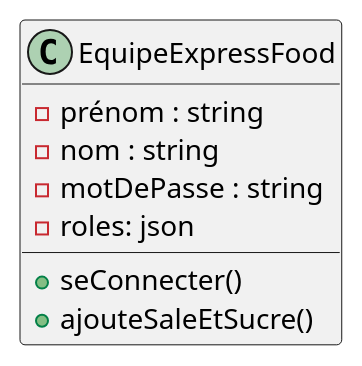
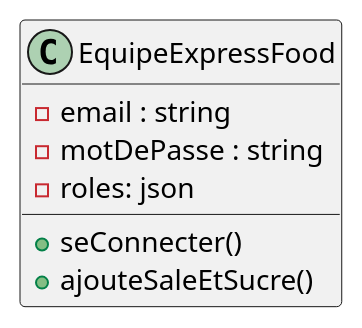
One commit to laurasullyalexandrine/expressfood changed the diagram in Class/EquipeExpressFood.puml. Above: the diagram before and after it, drawn with PlantUML. The commit also changed 2 other files, not shown here.

```diff
--- a/Class/EquipeExpressFood.puml
+++ b/Class/EquipeExpressFood.puml
@@ -1,13 +1,12 @@
 @startuml EquipeExpressFood
 
 Class EquipeExpressFood {
-    - prénom : string
-    - nom : string
+    - email : string
     - motDePasse : string
     - roles: json
     
     + seConnecter()
     + ajouteSaleEtSucre()
 }
 
 @enduml
```
